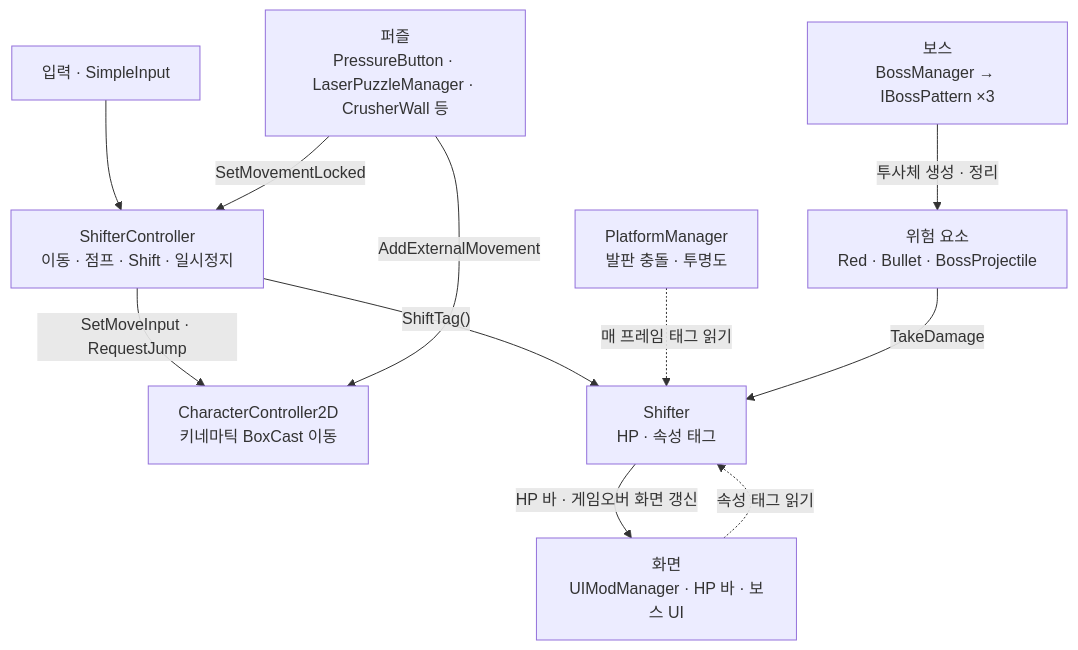
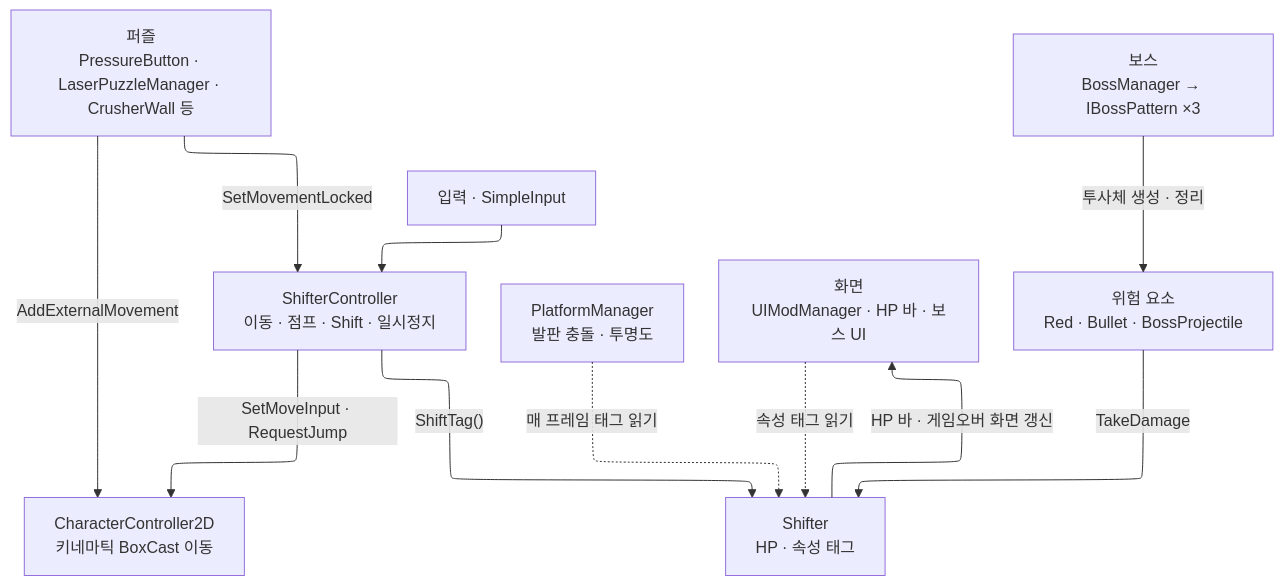
The third of 9 diagrams in src/Shifter/Shifter_기술문서.md (krKooHoo/portfolio-template), drawn with Mermaid before and after one commit. The commit also changed 5 other files, not shown here.

Commit message:
Shifter 다이어그램 ELK 적용

````diff
--- a/src/Shifter/Shifter_기술문서.md
+++ b/src/Shifter/Shifter_기술문서.md
@@ -159,23 +159,24 @@
 ```mermaid
+%%{init: {"layout": "elk"}}%%
 flowchart TB
     IN["입력 · SimpleInput"]
     PC["ShifterController<br/>이동 · 점프 · Shift · 일시정지"]
     CC["CharacterController2D<br/>키네마틱 BoxCast 이동"]
     SH["Shifter<br/>HP · 속성 태그"]
     PM["PlatformManager<br/>발판 충돌 · 투명도"]
     UI["화면<br/>UIModManager · HP 바 · 보스 UI"]
     HZ["위험 요소<br/>Red · Bullet · BossProjectile"]
     PZ["퍼즐<br/>PressureButton · LaserPuzzleManager · CrusherWall 등"]
     BS["보스<br/>BossManager → IBossPattern ×3"]
 
     IN --> PC
     PC -->|"SetMoveInput · RequestJump"| CC
     PC -->|"ShiftTag()"| SH
     PM -.->|"매 프레임 태그 읽기"| SH
     UI -.->|"속성 태그 읽기"| SH
     SH -->|"HP 바 · 게임오버 화면 갱신"| UI
     HZ -->|"TakeDamage"| SH
     PZ -->|"SetMovementLocked"| PC
     PZ -->|"AddExternalMovement"| CC
     BS -->|"투사체 생성 · 정리"| HZ
 ```
````
